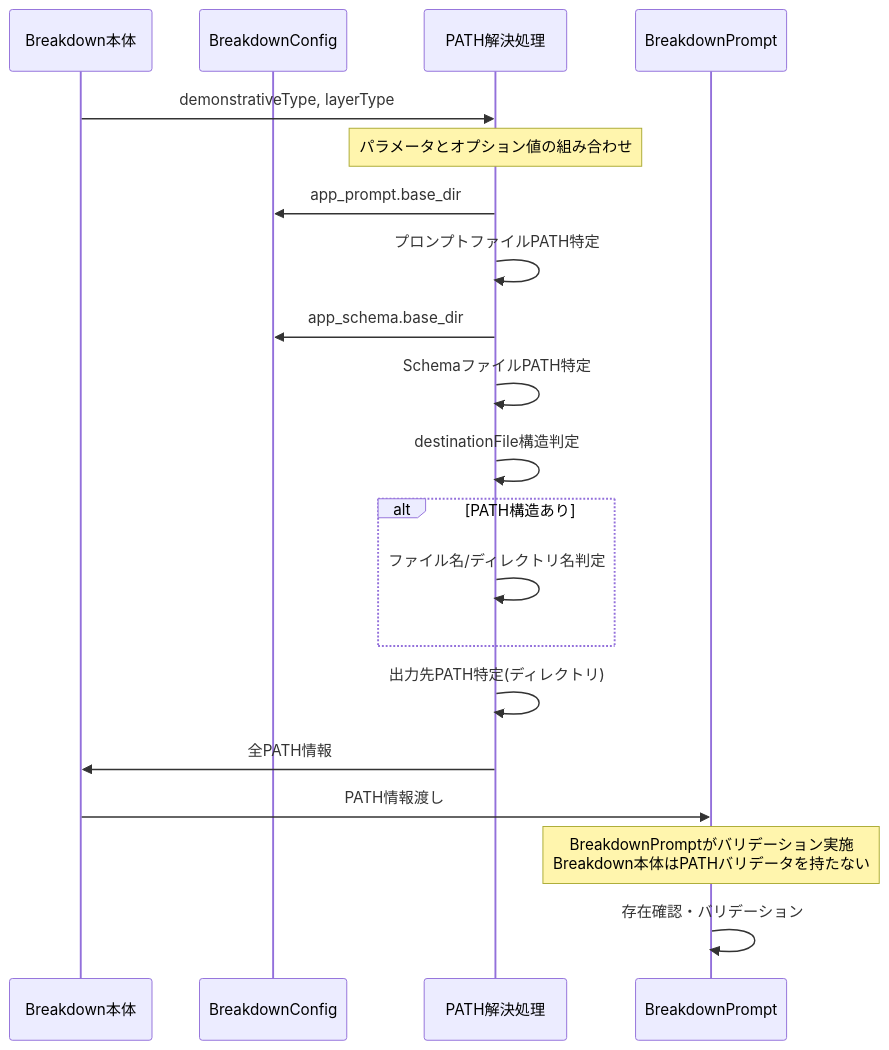
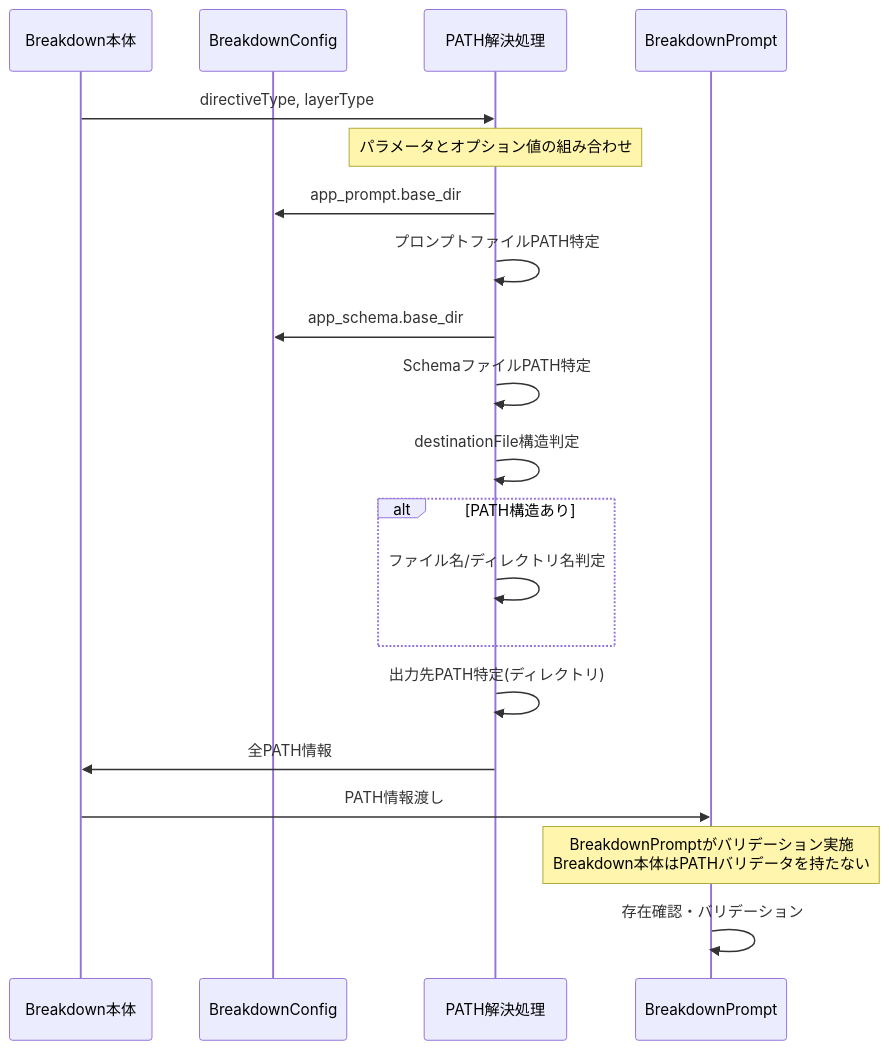
The fourth of 5 diagrams in docs/breakdown/generic_domain/system/overview/architecture.ja.md (tettuan/breakdown), drawn with Mermaid before and after one commit. The commit also changed other lines of this file and 10 other files, not shown here.

First line of the commit message:
refactor: replace demonstrativeType with DirectiveType in docs

````diff
--- a/docs/breakdown/generic_domain/system/overview/architecture.ja.md
+++ b/docs/breakdown/generic_domain/system/overview/architecture.ja.md
@@ -307,28 +307,28 @@
 ```mermaid
 sequenceDiagram
     participant Core as Breakdown本体
     participant Config as BreakdownConfig
     participant PathResolver as PATH解決処理
     participant Prompt as BreakdownPrompt
     
-    Core->>PathResolver: demonstrativeType, layerType
+    Core->>PathResolver: directiveType, layerType
     
     Note over PathResolver: パラメータとオプション値の組み合わせ
     PathResolver->>Config: app_prompt.base_dir
     PathResolver->>PathResolver: プロンプトファイルPATH特定
     
     PathResolver->>Config: app_schema.base_dir  
     PathResolver->>PathResolver: SchemaファイルPATH特定
     
     PathResolver->>PathResolver: destinationFile構造判定
     alt PATH構造あり
         PathResolver->>PathResolver: ファイル名/ディレクトリ名判定
     end
     PathResolver->>PathResolver: 出力先PATH特定(ディレクトリ)
     
     PathResolver->>Core: 全PATH情報
     Core->>Prompt: PATH情報渡し
     
     Note over Prompt: BreakdownPromptがバリデーション実施<br/>Breakdown本体はPATHバリデータを持たない
     Prompt->>Prompt: 存在確認・バリデーション
 ```
````
